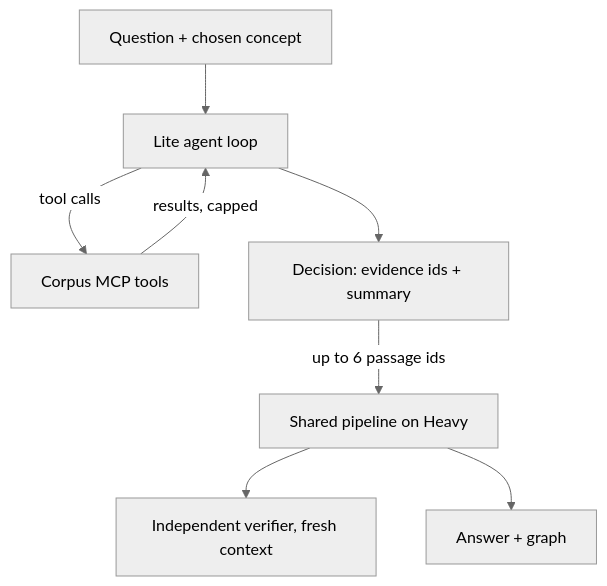
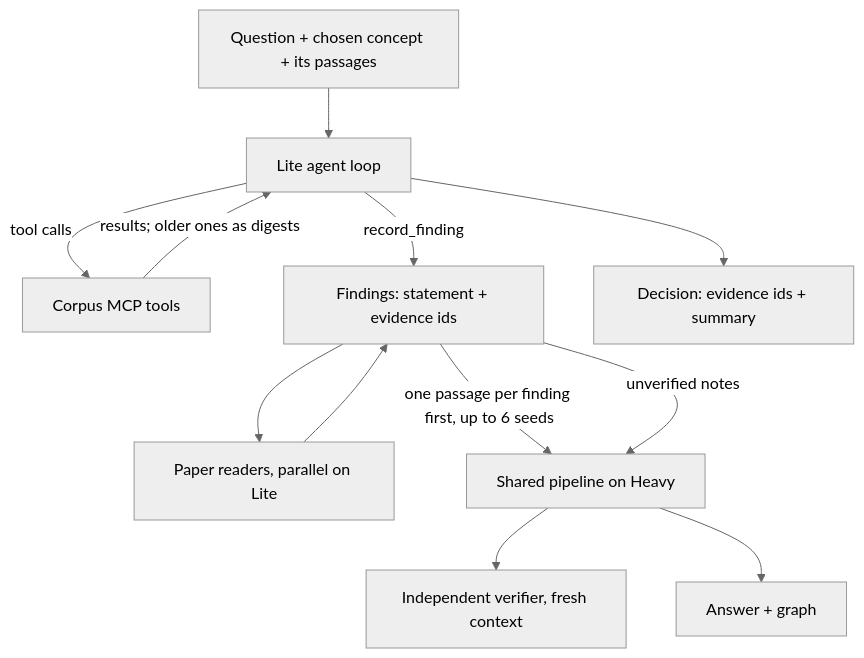
The third of 3 diagrams in docs/ARCHITECTURE.md (guptaaditya746/research-harness-ui), drawn with Mermaid (neutral theme) before and after one commit. The commit also changed other lines of this file and 23 other files, not shown here.

````diff
--- a/docs/ARCHITECTURE.md
+++ b/docs/ARCHITECTURE.md
@@ -59,10 +74,14 @@
 ```mermaid
 flowchart TD
-  Q[Question + chosen concept] --> A[Lite agent loop]
+  Q[Question + chosen concept + its passages] --> A[Lite agent loop]
   A -->|tool calls| M[Corpus MCP tools]
-  M -->|results, capped| A
+  M -->|results; older ones as digests| A
+  A -->|record_finding| F[Findings: statement + evidence ids]
   A --> D[Decision: evidence ids + summary]
-  D -->|up to 6 passage ids| P[Shared pipeline on Heavy]
+  F --> R2[Paper readers, parallel on Lite]
+  R2 --> F
+  F -->|one passage per finding first, up to 6 seeds| P[Shared pipeline on Heavy]
+  F -->|unverified notes| P
   P --> V[Independent verifier, fresh context]
   P --> R[Answer + graph]
 ```
````
